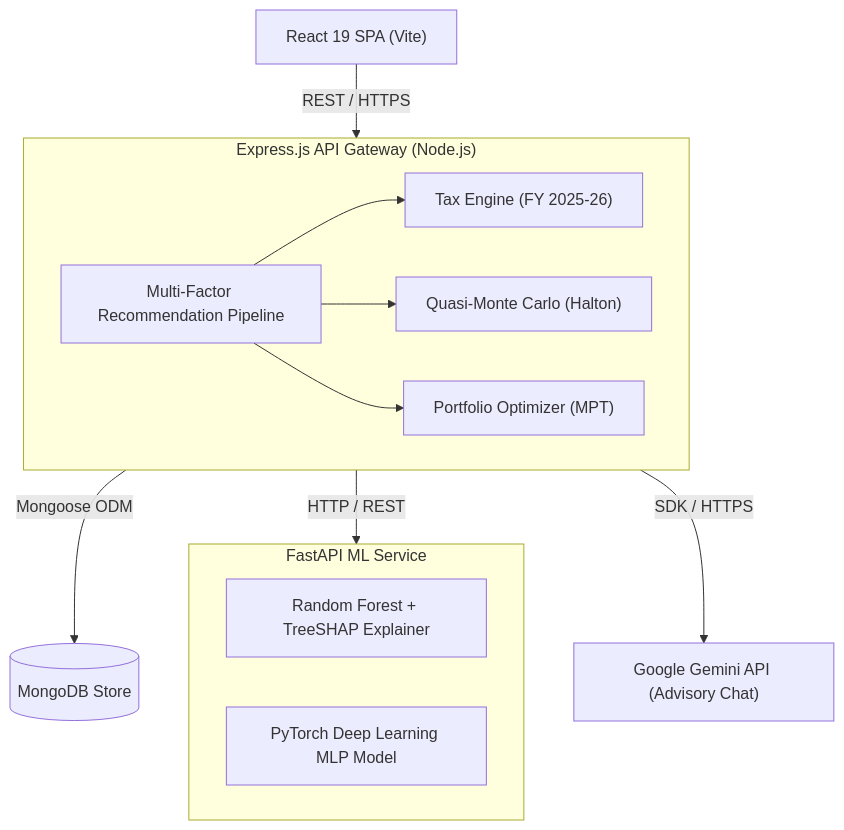
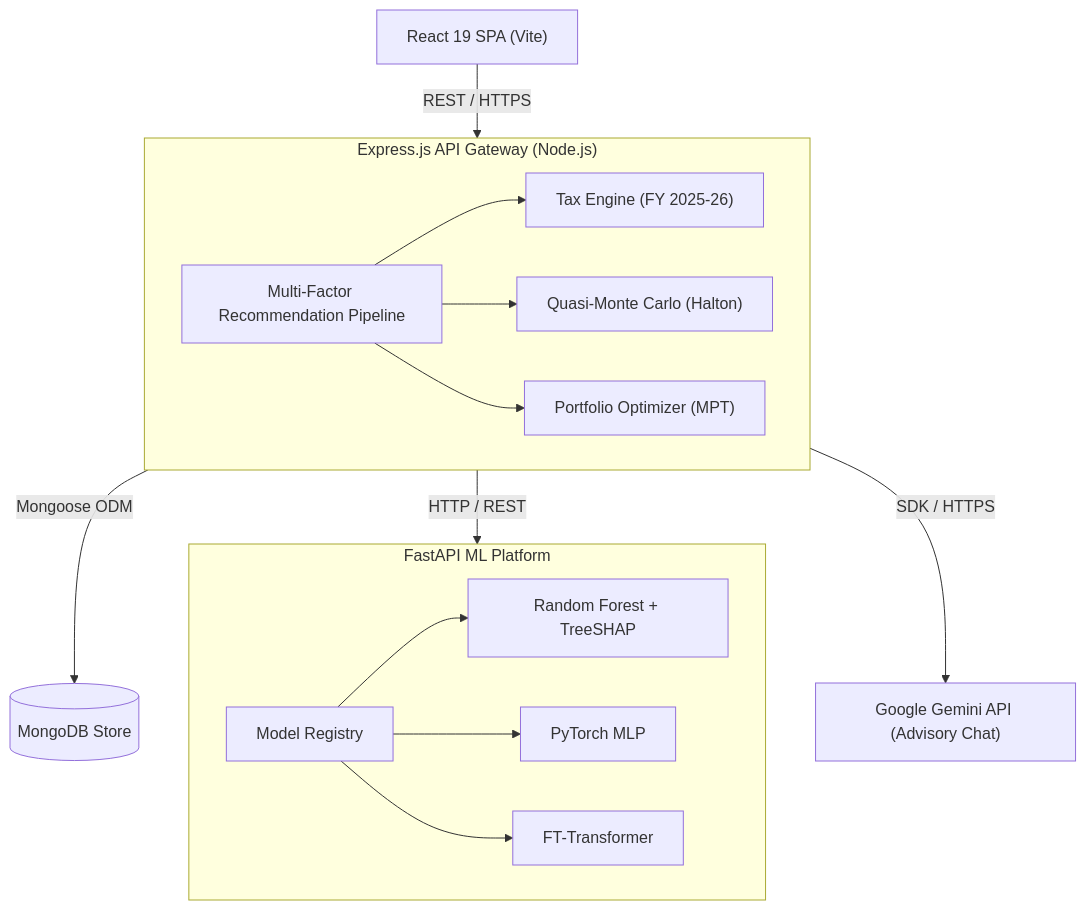
One commit to yashaskn8/WealthGenie-AI-Powered-Financial-Advisory-Platform changed the first of 3 diagrams in README.md. Above: the diagram before and after it, drawn with Mermaid. The commit also changed other lines of this file and 15 other files, not shown here.

Commit message:
feat(ml-platform): harden PyTorch pipeline with ModelRegistry, FT-Transformer, Data Validation Gate, Experiment Tracker, and multi-model benchmarking

````diff
--- a/README.md
+++ b/README.md
@@ -18,29 +18,35 @@
 ```mermaid
 graph TD
     Client["React 19 SPA (Vite)"]
     
     subgraph Gateway ["Express.js API Gateway (Node.js)"]
         TaxEngine["Tax Engine (FY 2025-26)"]
         QMC["Quasi-Monte Carlo (Halton)"]
         PortfolioOpt["Portfolio Optimizer (MPT)"]
         ScoringPipe["Multi-Factor Recommendation Pipeline"]
     end
     
     DataStore[("MongoDB Store")]
     
-    subgraph MLService ["FastAPI ML Service"]
-        RFModel["Random Forest + TreeSHAP Explainer"]
-        PyTorchModel["PyTorch Deep Learning MLP Model"]
+    subgraph MLPlatform ["FastAPI ML Platform"]
+        Registry["Model Registry"]
+        RFModel["Random Forest + TreeSHAP"]
+        MLPModel["PyTorch MLP"]
+        FTTModel["FT-Transformer"]
     end
     
     GeminiAPI["Google Gemini API (Advisory Chat)"]
 
     Client -->|"REST / HTTPS"| Gateway
     Gateway -->|"Mongoose ODM"| DataStore
-    Gateway -->|"HTTP / REST"| MLService
+    Gateway -->|"HTTP / REST"| MLPlatform
     Gateway -->|"SDK / HTTPS"| GeminiAPI
+    
+    Registry --> RFModel
+    Registry --> MLPModel
+    Registry --> FTTModel
     
     ScoringPipe --> TaxEngine
     ScoringPipe --> QMC
     ScoringPipe --> PortfolioOpt
 ```
````
